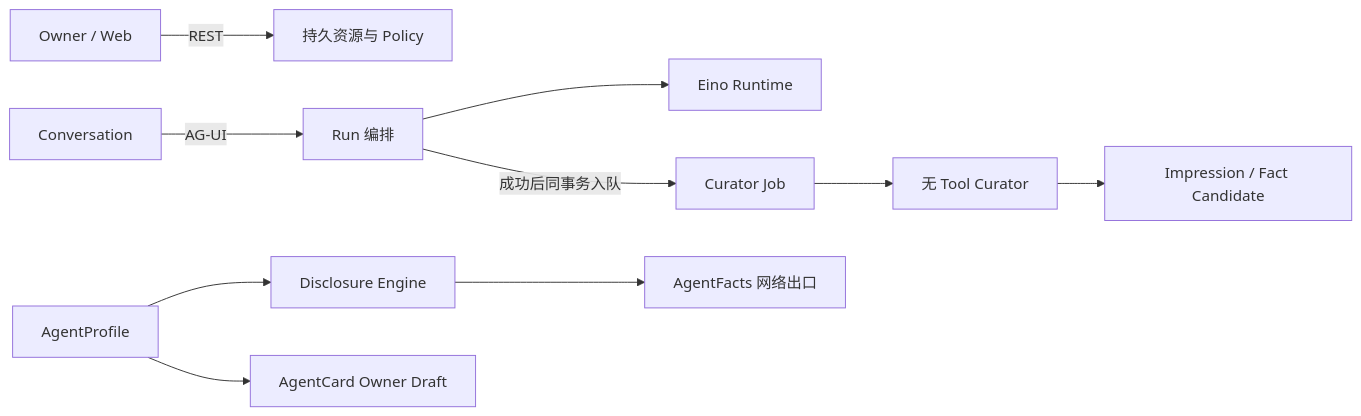
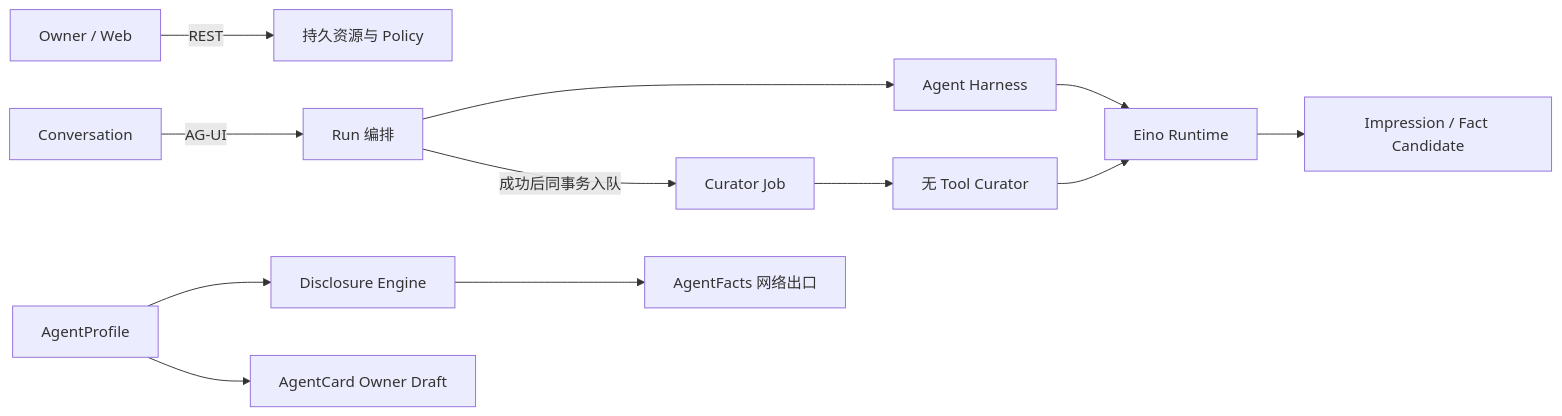
Before and after one commit to re35t/AegisLink: the diagram in docs/00-overview/architecture-overview_cn.md, drawn with Mermaid. The commit also changed other lines of this file and 70 other files, not shown here.

First line of the commit message:
refactor: separate agent harness from runtime

````diff
--- a/docs/00-overview/architecture-overview_cn.md
+++ b/docs/00-overview/architecture-overview_cn.md
@@ -21,8 +21,8 @@
 ```mermaid
 flowchart LR
     owner["Owner / Web"] -->|"REST"| resources["持久资源与 Policy"]
-    chat["Conversation"] -->|"AG-UI"| run["Run 编排"] --> runtime["Eino Runtime"]
-    run -->|"成功后同事务入队"| job["Curator Job"] --> curator["无 Tool Curator"] --> cognition["Impression / Fact Candidate"]
+    chat["Conversation"] -->|"AG-UI"| run["Run 编排"] --> harness["Agent Harness"] --> runtime["Eino Runtime"]
+    run -->|"成功后同事务入队"| job["Curator Job"] --> curator["无 Tool Curator"] --> runtime --> cognition["Impression / Fact Candidate"]
     profile["AgentProfile"] --> disclosure["Disclosure Engine"] --> facts["AgentFacts 网络出口"]
     profile --> card["AgentCard Owner Draft"]
 ```
````
